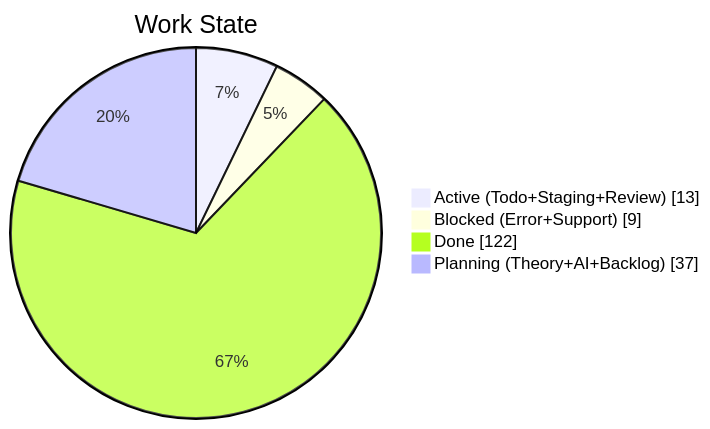
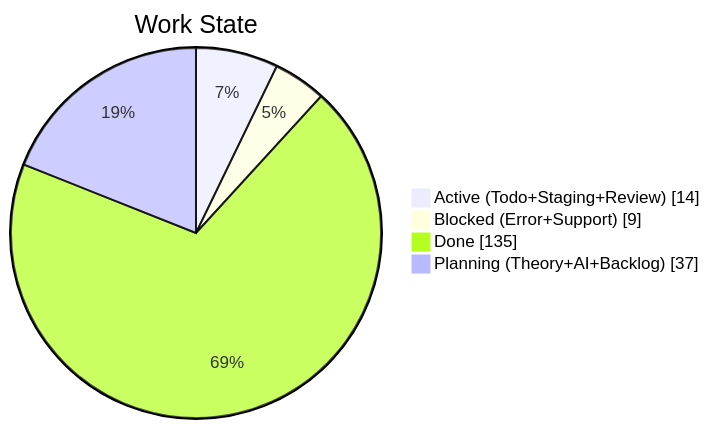
Before and after one commit to KBVE/kbve: the second of 4 diagrams in apps/kbve/astro-kbve/src/content/docs/dashboard/kanban-data.mdx, drawn with Mermaid. The commit also changed other lines of this file and 8 other files, not shown here.

````diff
--- a/apps/kbve/astro-kbve/src/content/docs/dashboard/kanban-data.mdx
+++ b/apps/kbve/astro-kbve/src/content/docs/dashboard/kanban-data.mdx
@@ -67,8 +68,8 @@
 ```mermaid
 pie showData
     title Work State
-    "Active (Todo+Staging+Review)" : 13
+    "Active (Todo+Staging+Review)" : 14
     "Blocked (Error+Support)" : 9
-    "Done" : 122
+    "Done" : 135
     "Planning (Theory+AI+Backlog)" : 37
 ```
````
